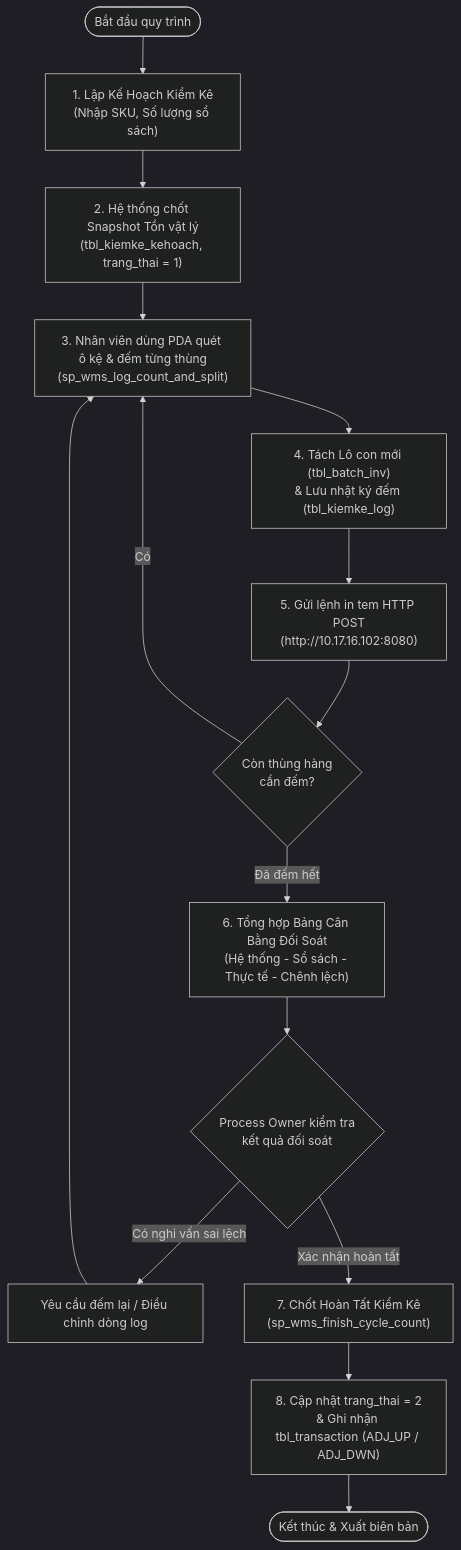
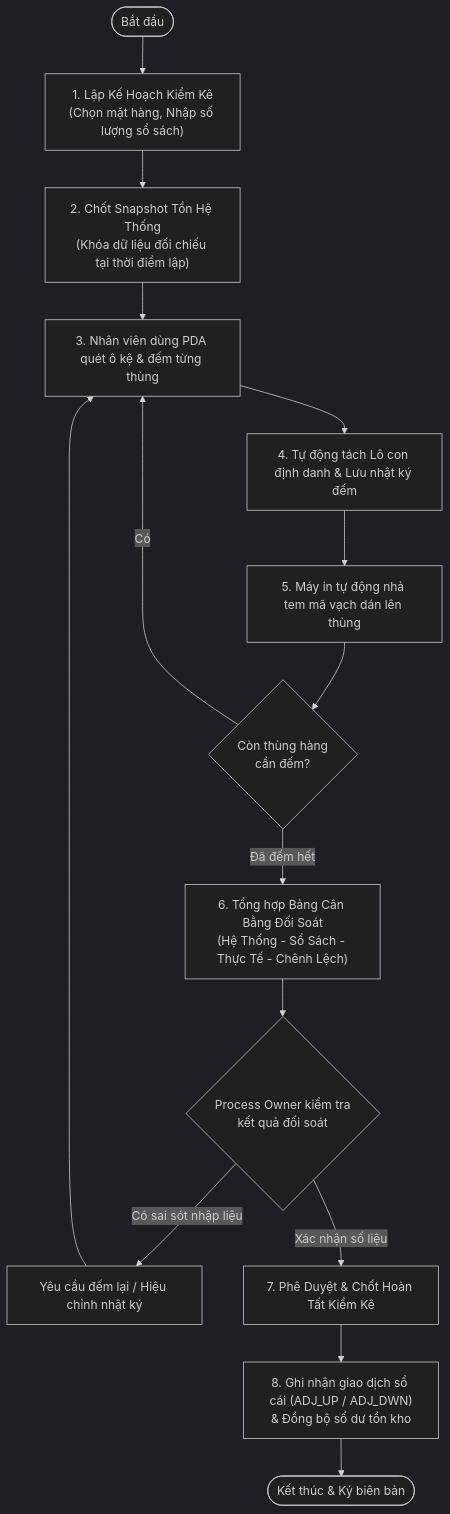
Before and after one commit to Sohoa-KNSG/mms: the diagram in docs/use-cases/UC-27_CYCLE_COUNT_CUSTOMER_PROPOSAL.md, drawn with Mermaid (dark theme). The commit also changed other lines of this file, not shown here.

Commit message:
docs: Remove all technical implementation details and code artifacts from UC-27_CYCLE_COUNT_CUSTOMER_PROPOSAL.md for pure business process sign-off

````diff
--- a/docs/use-cases/UC-27_CYCLE_COUNT_CUSTOMER_PROPOSAL.md
+++ b/docs/use-cases/UC-27_CYCLE_COUNT_CUSTOMER_PROPOSAL.md
@@ -64,20 +64,20 @@
 ```mermaid
 flowchart TD
-    Start(["Bắt đầu quy trình"]) --> Step1["1. Lập Kế Hoạch Kiểm Kê<br/>(Nhập SKU, Số lượng sổ sách)"]
-    Step1 --> Step2["2. Hệ thống chốt Snapshot Tồn vật lý<br/>(tbl_kiemke_kehoach, trang_thai = 1)"]
+    Start(["Bắt đầu"]) --> Step1["1. Lập Kế Hoạch Kiểm Kê<br/>(Chọn mặt hàng, Nhập số lượng sổ sách)"]
+    Step1 --> Step2["2. Chốt Snapshot Tồn Hệ Thống<br/>(Khóa dữ liệu đối chiếu tại thời điểm lập)"]
     
-    Step2 --> Step3["3. Nhân viên dùng PDA quét ô kệ & đếm từng thùng<br/>(sp_wms_log_count_and_split)"]
-    Step3 --> Step4["4. Tách Lô con mới (tbl_batch_inv)<br/>& Lưu nhật ký đếm (tbl_kiemke_log)"]
-    Step4 --> Step5["5. Gửi lệnh in tem HTTP POST<br/>(http://10.17.16.102:8080)"]
+    Step2 --> Step3["3. Nhân viên dùng PDA quét ô kệ & đếm từng thùng"]
+    Step3 --> Step4["4. Tự động tách Lô con định danh & Lưu nhật ký đếm"]
+    Step4 --> Step5["5. Máy in tự động nhả tem mã vạch dán lên thùng"]
     Step5 --> Step6{"Còn thùng hàng<br/>cần đếm?"}
     Step6 -- Có --> Step3
-    Step6 -- Đã đếm hết --> Step7["6. Tổng hợp Bảng Cân Bằng Đối Soát<br/>(Hệ thống - Sổ sách - Thực tế - Chênh lệch)"]
+    Step6 -- Đã đếm hết --> Step7["6. Tổng hợp Bảng Cân Bằng Đối Soát<br/>(Hệ Thống - Sổ Sách - Thực Tế - Chênh Lệch)"]
     
     Step7 --> Step8{"Process Owner kiểm tra<br/>kết quả đối soát"}
-    Step8 -- Có nghi vấn sai lệch --> Step9["Yêu cầu đếm lại / Điều chỉnh dòng log"]
+    Step8 -- Có sai sót nhập liệu --> Step9["Yêu cầu đếm lại / Hiệu chỉnh nhật ký"]
     Step9 --> Step3
-    Step8 -- Xác nhận hoàn tất --> Step10["7. Chốt Hoàn Tất Kiểm Kê<br/>(sp_wms_finish_cycle_count)"]
+    Step8 -- Xác nhận số liệu --> Step10["7. Phê Duyệt & Chốt Hoàn Tất Kiểm Kê"]
     
-    Step10 --> Step11["8. Cập nhật trang_thai = 2<br/>& Ghi nhận tbl_transaction (ADJ_UP / ADJ_DWN)"]
-    Step11 --> End(["Kết thúc & Xuất biên bản"])
+    Step10 --> Step11["8. Ghi nhận giao dịch sổ cái (ADJ_UP / ADJ_DWN)<br/>& Đồng bộ số dư tồn kho"]
+    Step11 --> End(["Kết thúc & Ký biên bản"])
 ```
````
